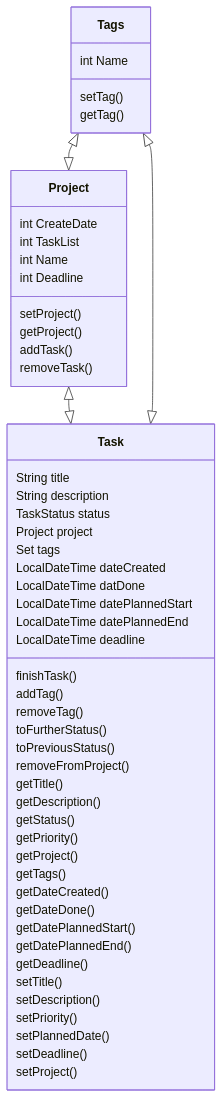
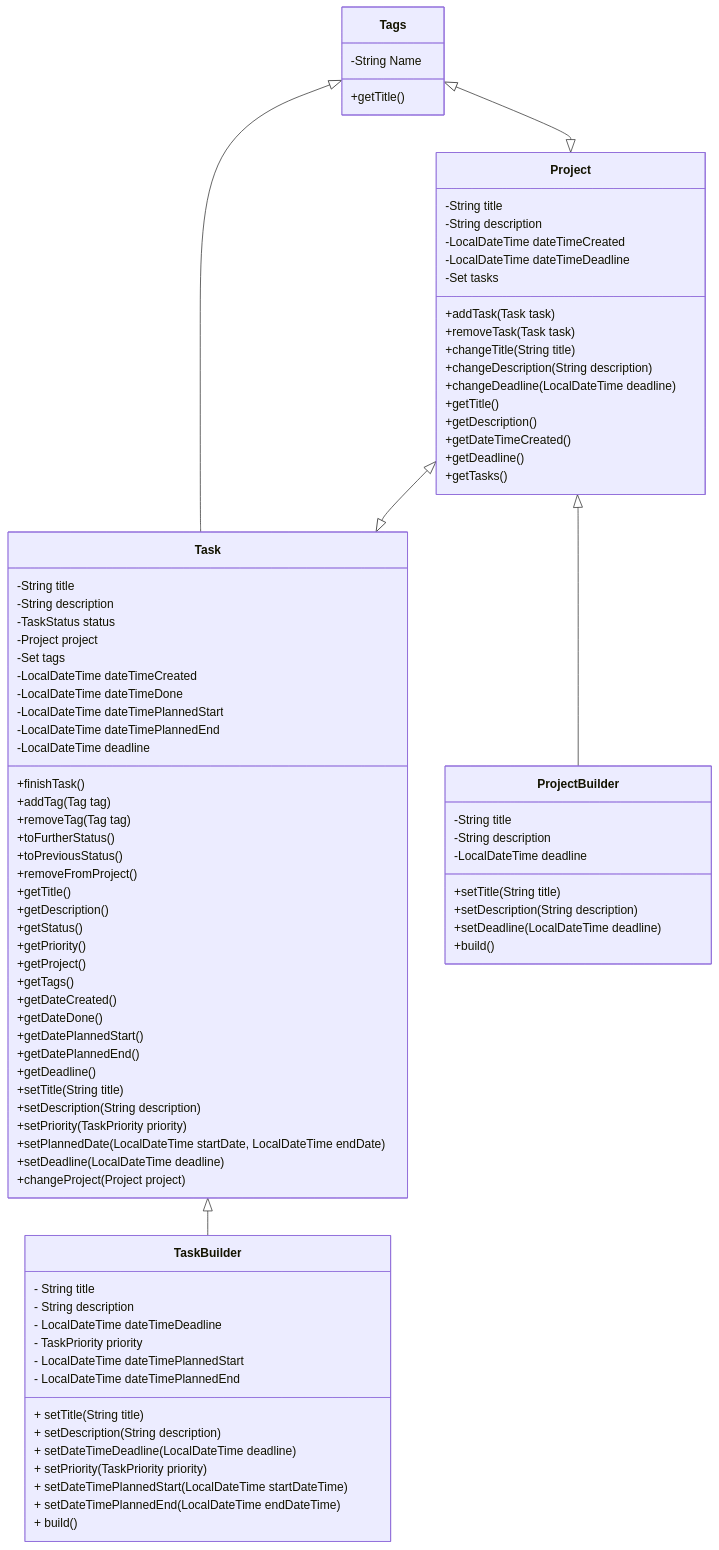
One commit to stefreschke/hwr-oop-project-template changed the diagram in README.md. Above: the diagram before and after it, drawn with Mermaid. The commit also changed other lines of this file, not shown here.

````diff
--- a/README.md
+++ b/README.md
@@ -27,50 +27,78 @@
 ```mermaid
 classDiagram
 Tags <|-- |> Project
 Project <|-- |> Task
-Tags <|-- |> Task
-Task : String title
-Task : String description
-Task : TaskStatus status
-Task : Project project
-Task : Set<Tag> tags
-Task : LocalDateTime dateCreated
-Task : LocalDateTime datDone
-Task : LocalDateTime datePlannedStart
-Task : LocalDateTime datePlannedEnd
-Task : LocalDateTime deadline
-Task : finishTask()
-Task : addTag()
-Task : removeTag()
-Task : toFurtherStatus()
-Task : toPreviousStatus()
-Task : removeFromProject()
-Task : getTitle()
-Task : getDescription()
-Task : getStatus()
-Task : getPriority()
-Task : getProject()
-Task : getTags()
-Task : getDateCreated()
-Task : getDateDone()
-Task : getDatePlannedStart()
-Task : getDatePlannedEnd()
-Task : getDeadline()
-Task : setTitle()
-Task : setDescription()
-Task : setPriority()
-Task : setPlannedDate()
-Task : setDeadline()
-Task : setProject()
-Tags : int Name
-Tags : setTag()
-Tags : getTag()
-Project : int CreateDate
-Project : int TaskList
-Project : int Name
-Project : int Deadline
-Project : setProject()
-Project : getProject()
-Project : addTask()
-Project : removeTask()
+Tags <|-- Task
+Task <|-- TaskBuilder
+Project <|-- ProjectBuilder
+TaskBuilder : - String title
+TaskBuilder : - String description
+TaskBuilder : - LocalDateTime dateTimeDeadline
+TaskBuilder : - TaskPriority priority
+TaskBuilder : - LocalDateTime dateTimePlannedStart
+TaskBuilder : - LocalDateTime dateTimePlannedEnd
+TaskBuilder : + setTitle(String title)
+TaskBuilder : + setDescription(String description)
+TaskBuilder : + setDateTimeDeadline(LocalDateTime deadline)
+TaskBuilder : + setPriority(TaskPriority priority)
+TaskBuilder : + setDateTimePlannedStart(LocalDateTime startDateTime)
+TaskBuilder : + setDateTimePlannedEnd(LocalDateTime endDateTime)
+TaskBuilder : + build()
+Task : -String title
+Task : -String description
+Task : -TaskStatus status
+Task : -Project project
+Task : -Set<Tag> tags
+Task : -LocalDateTime dateTimeCreated
+Task : -LocalDateTime dateTimeDone
+Task : -LocalDateTime dateTimePlannedStart
+Task : -LocalDateTime dateTimePlannedEnd
+Task : -LocalDateTime deadline
+Task : +finishTask()
+Task : +addTag(Tag tag)
+Task : +removeTag(Tag tag)
+Task : +toFurtherStatus()
+Task : +toPreviousStatus()
+Task : +removeFromProject()
+Task : +getTitle()
+Task : +getDescription()
+Task : +getStatus()
+Task : +getPriority()
+Task : +getProject()
+Task : +getTags()
+Task : +getDateCreated()
+Task : +getDateDone()
+Task : +getDatePlannedStart()
+Task : +getDatePlannedEnd()
+Task : +getDeadline()
+Task : +setTitle(String title)
+Task : +setDescription(String description)
+Task : +setPriority(TaskPriority priority)
+Task : +setPlannedDate(LocalDateTime startDate, LocalDateTime endDate)
+Task : +setDeadline(LocalDateTime deadline)
+Task : +changeProject(Project project)
+Tags : -String Name
+Tags : +getTitle()
+Project : -String title
+Project : -String description
+Project : -LocalDateTime dateTimeCreated
+Project : -LocalDateTime dateTimeDeadline
+Project : -Set<Task> tasks
+Project : +addTask(Task task)
+Project : +removeTask(Task task)
+Project : +changeTitle(String title)
+Project : +changeDescription(String description)
+Project : +changeDeadline(LocalDateTime deadline)
+Project : +getTitle()
+Project : +getDescription()
+Project : +getDateTimeCreated()
+Project : +getDeadline()
+Project : +getTasks()
+ProjectBuilder : -String title
+ProjectBuilder : -String description
+ProjectBuilder : -LocalDateTime deadline
+ProjectBuilder : +setTitle(String title)
+ProjectBuilder : +setDescription(String description)
+ProjectBuilder : +setDeadline(LocalDateTime deadline)
+ProjectBuilder : +build()
 ```
````
